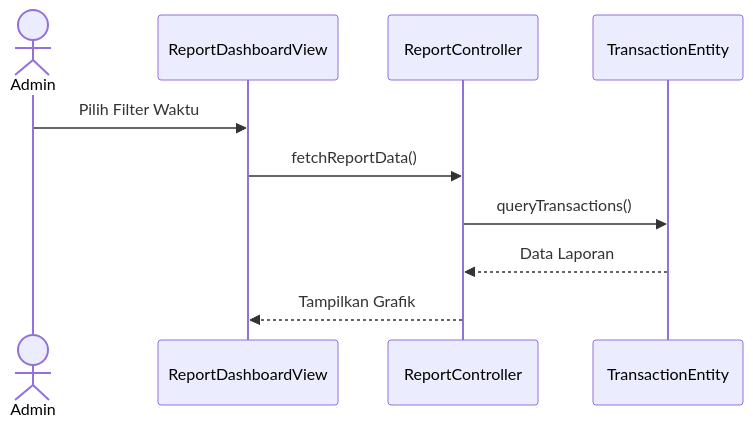
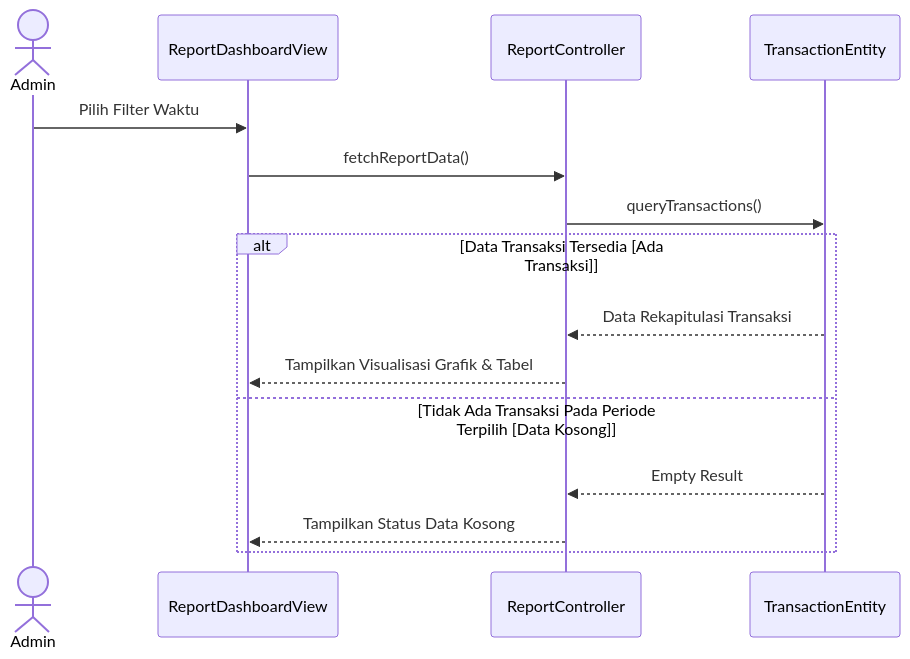
Diagram 25 of 27 in docs/Tugas 1 - DPPL SISTEM PEMESANAN TIKET.md (impal-kelompok-4/pos-tiket-standup), drawn with Mermaid before and after one commit. The commit also changed other lines of this file and 28 other files, not shown here.

````diff
--- a/docs/Tugas 1 - DPPL SISTEM PEMESANAN TIKET.md
+++ b/docs/Tugas 1 - DPPL SISTEM PEMESANAN TIKET.md
@@ -976,12 +1014,17 @@
 ```mermaid
 sequenceDiagram
     actor Admin
     participant ReportDashboardView
     participant ReportController
     participant TransactionEntity
     Admin->>ReportDashboardView: Pilih Filter Waktu
     ReportDashboardView->>ReportController: fetchReportData()
     ReportController->>TransactionEntity: queryTransactions()
-    TransactionEntity-->>ReportController: Data Laporan
-    ReportController-->>ReportDashboardView: Tampilkan Grafik
+    alt Data Transaksi Tersedia [Ada Transaksi]
+        TransactionEntity-->>ReportController: Data Rekapitulasi Transaksi
+        ReportController-->>ReportDashboardView: Tampilkan Visualisasi Grafik & Tabel
+    else Tidak Ada Transaksi Pada Periode Terpilih [Data Kosong]
+        TransactionEntity-->>ReportController: Empty Result
+        ReportController-->>ReportDashboardView: Tampilkan Status Data Kosong
+    end
 ```
````
